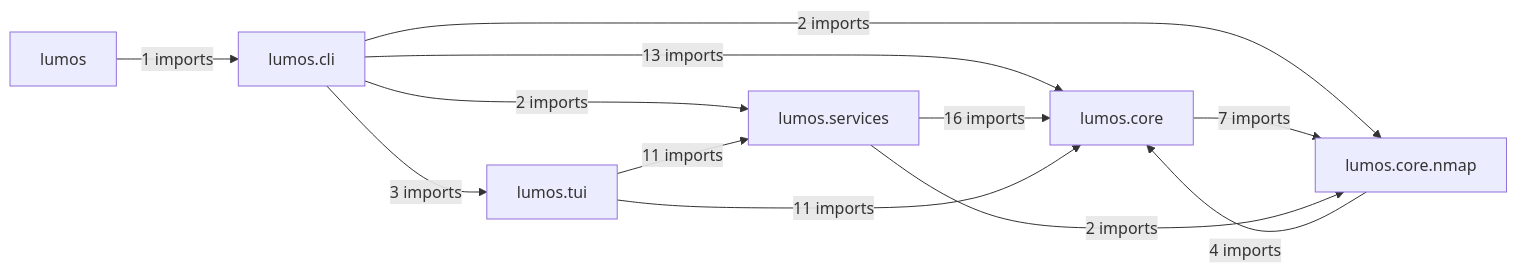
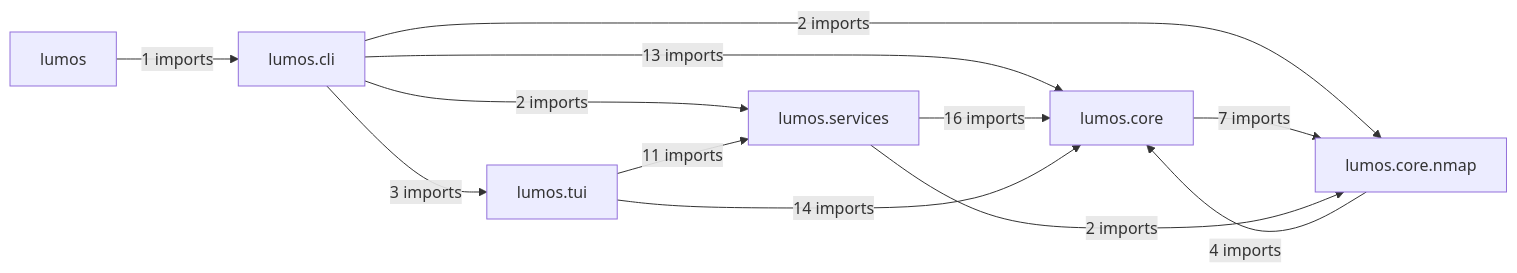
One commit to lko47/lumos changed the diagram in docs/architecture/modules.md. Above: the diagram before and after it, drawn with Mermaid. The commit also changed other lines of this file and 2 other files, not shown here.

````diff
--- a/docs/architecture/modules.md
+++ b/docs/architecture/modules.md
@@ -7,20 +7,20 @@
 ```mermaid
 flowchart LR
     P0["lumos"]
     P1["lumos.cli"]
     P2["lumos.core"]
     P3["lumos.core.nmap"]
     P4["lumos.services"]
     P5["lumos.tui"]
     P0 -->|"1 imports"| P1
     P1 -->|"13 imports"| P2
     P1 -->|"2 imports"| P3
     P1 -->|"2 imports"| P4
     P1 -->|"3 imports"| P5
     P2 -->|"7 imports"| P3
     P3 -->|"4 imports"| P2
     P4 -->|"16 imports"| P2
     P4 -->|"2 imports"| P3
-    P5 -->|"11 imports"| P2
+    P5 -->|"14 imports"| P2
     P5 -->|"11 imports"| P4
 ```
````
